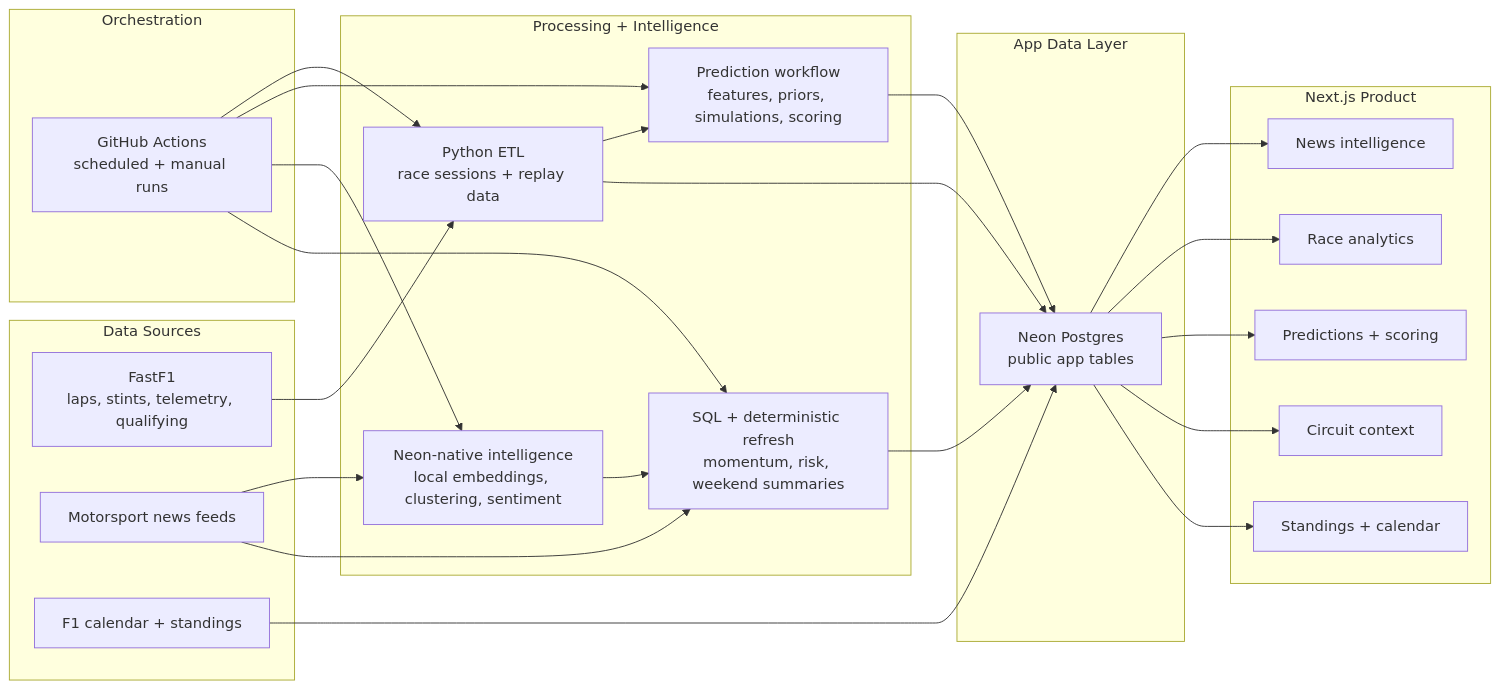
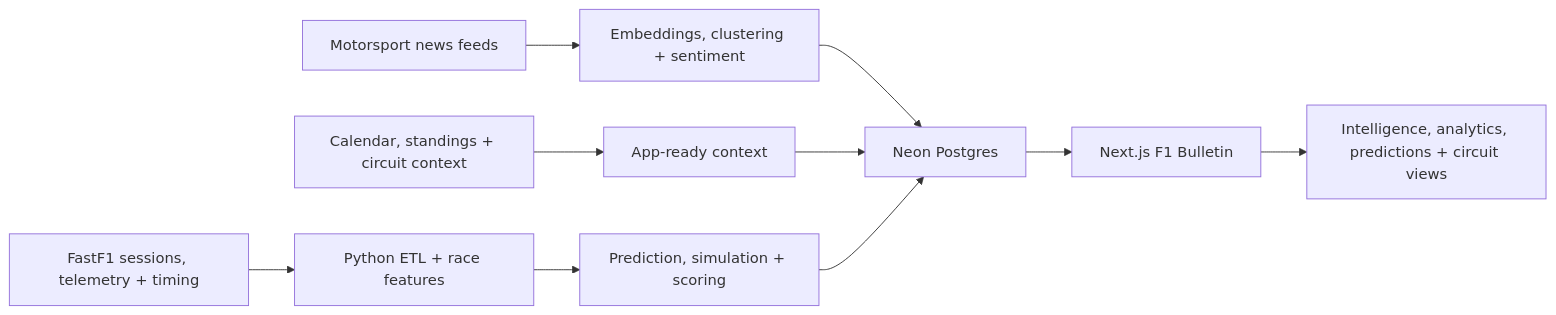
One commit to Pournami-Prakash/f1-bulletin-live changed the diagram in README.md. Above: the diagram before and after it, drawn with Mermaid. The commit also changed other lines of this file and 1 other file, not shown here.

````diff
--- a/README.md
+++ b/README.md
@@ -24,50 +74,12 @@
 ```mermaid
 flowchart LR
-  subgraph Sources["Data Sources"]
-    A["FastF1<br/>laps, stints, telemetry, qualifying"]
-    B["Motorsport news feeds"]
-    C["F1 calendar + standings"]
-  end
-
-  subgraph Orchestration["Orchestration"]
-    D["GitHub Actions<br/>scheduled + manual runs"]
-  end
-
-  subgraph Processing["Processing + Intelligence"]
-    E["Python ETL<br/>race sessions + replay data"]
-    F["Prediction workflow<br/>features, priors, simulations, scoring"]
-    G["Neon-native intelligence<br/>local embeddings, clustering, sentiment"]
-    H["SQL + deterministic refresh<br/>momentum, risk, weekend summaries"]
-  end
-
-  subgraph AppData["App Data Layer"]
-    I["Neon Postgres<br/>public app tables"]
-  end
-
-  subgraph Product["Next.js Product"]
-    J["News intelligence"]
-    K["Race analytics"]
-    L["Predictions + scoring"]
-    M["Circuit context"]
-    N["Standings + calendar"]
-  end
-
-  D --> E
-  D --> F
-  D --> G
-  D --> H
-  B --> G
-  B --> H
-  A --> E
-  E --> F
-  E --> I
-  F --> I
-  G --> H
-  H --> I
-  C --> I
-  I --> J
-  I --> K
-  I --> L
-  I --> M
-  I --> N
+    A["FastF1 sessions, telemetry + timing"] --> D["Python ETL + race features"]
+    B["Motorsport news feeds"] --> E["Embeddings, clustering + sentiment"]
+    C["Calendar, standings + circuit context"] --> F["App-ready context"]
+    D --> G["Prediction, simulation + scoring"]
+    E --> H["Neon Postgres"]
+    F --> H
+    G --> H
+    H --> I["Next.js F1 Bulletin"]
+    I --> J["Intelligence, analytics, predictions + circuit views"]
 ```
````
